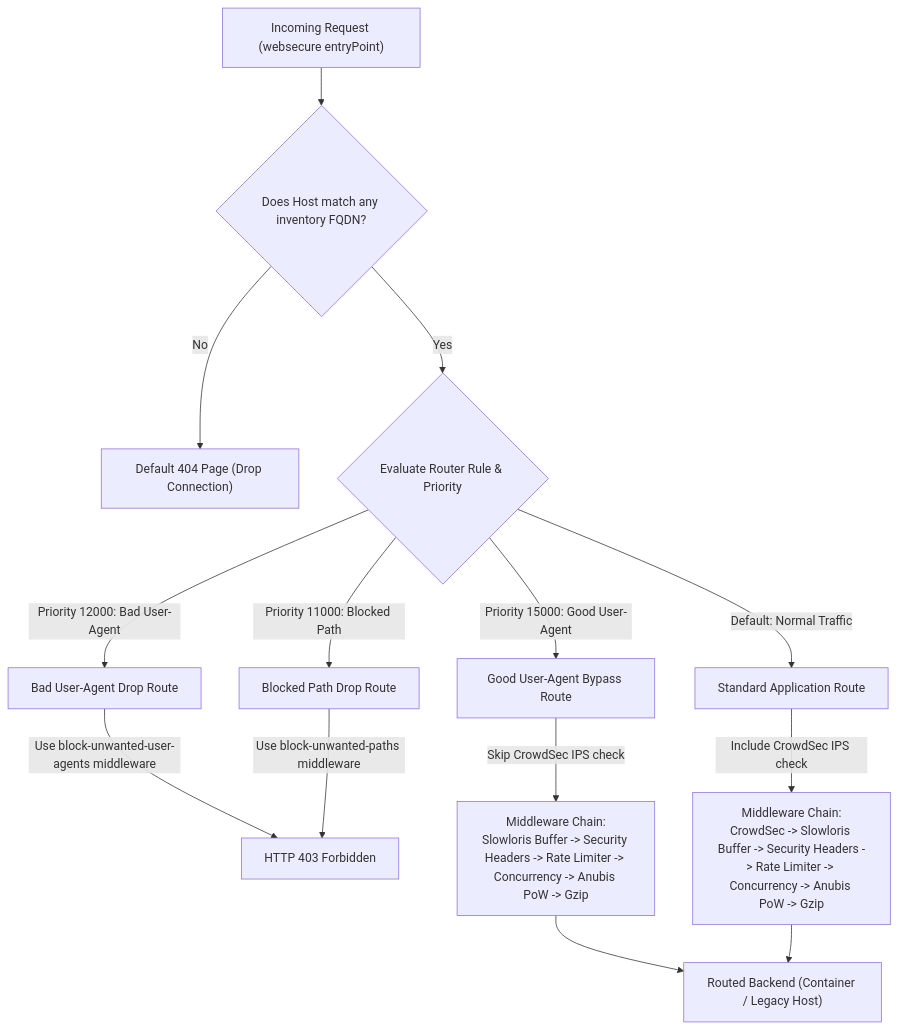
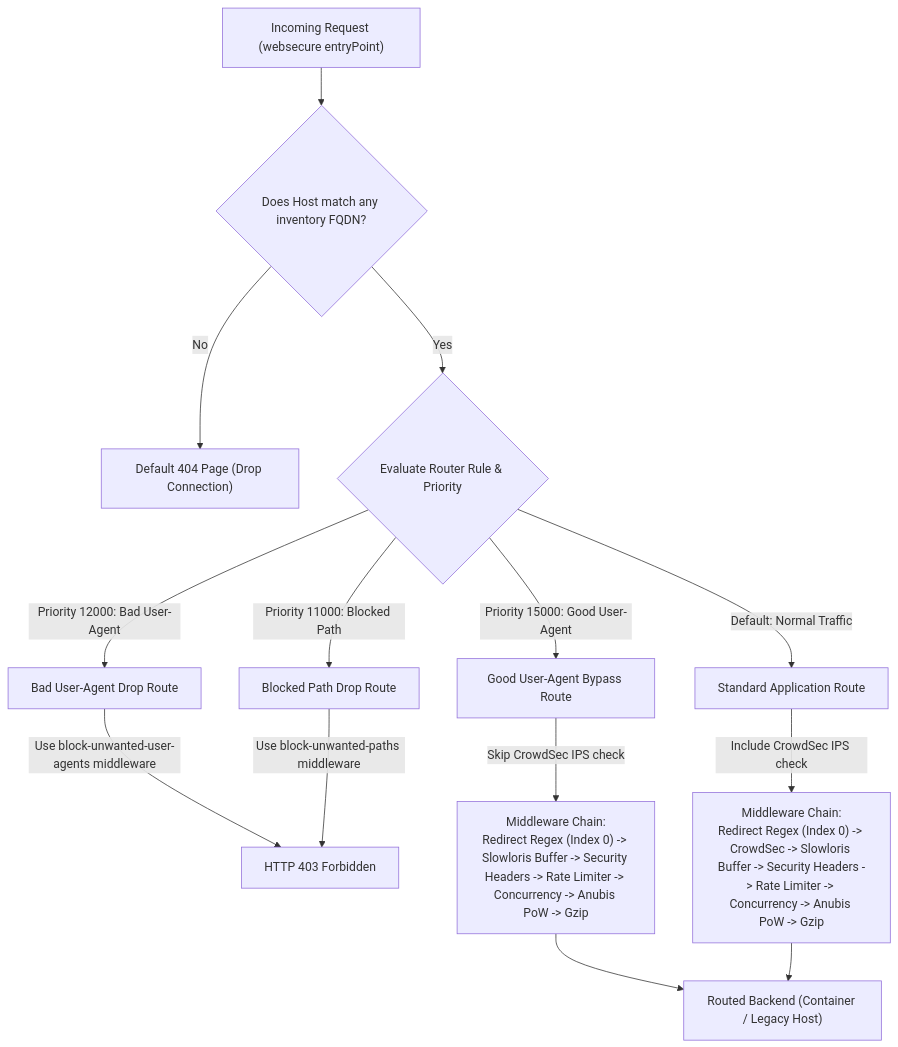
The third of 6 diagrams in README.md (pinano/traefik-crowdsec-anubis-grafana), drawn with Mermaid before and after one commit. The commit also changed other lines of this file and 1 other file, not shown here.

````diff
--- a/README.md
+++ b/README.md
@@ -385,24 +395,24 @@
 ```mermaid
 flowchart TD
     Request["Incoming Request (websecure entryPoint)"] --> RouteCheck{"Does Host match any inventory FQDN?"}
     RouteCheck -->|No| Drop["Default 404 Page (Drop Connection)"]
     
     RouteCheck -->|Yes| PriorityCheck{"Evaluate Router Rule & Priority"}
     
     PriorityCheck -->|Priority 15000: Good User-Agent| GoodUARoute["Good User-Agent Bypass Route"]
     PriorityCheck -->|Priority 12000: Bad User-Agent| BadUARoute["Bad User-Agent Drop Route"]
     PriorityCheck -->|Priority 11000: Blocked Path| PathRoute["Blocked Path Drop Route"]
     PriorityCheck -->|Default: Normal Traffic| MainRoute["Standard Application Route"]
     
     %% Block routes
     BadUARoute -->|Use block-unwanted-user-agents middleware| Drop403["HTTP 403 Forbidden"]
     PathRoute -->|Use block-unwanted-paths middleware| Drop403
     
     %% Bypass route execution
-    GoodUARoute -->|Skip CrowdSec IPS check| MW_Chain_Bypass["Middleware Chain:<br>Slowloris Buffer -> Security Headers -> Rate Limiter -> Concurrency -> Anubis PoW -> Gzip"]
+    GoodUARoute -->|Skip CrowdSec IPS check| MW_Chain_Bypass["Middleware Chain:<br>Redirect Regex (Index 0) -> Slowloris Buffer -> Security Headers -> Rate Limiter -> Concurrency -> Anubis PoW -> Gzip"]
     MW_Chain_Bypass --> TargetService["Routed Backend (Container / Legacy Host)"]
     
     %% Standard route execution
-    MainRoute -->|Include CrowdSec IPS check| MW_Chain_Full["Middleware Chain:<br>CrowdSec -> Slowloris Buffer -> Security Headers -> Rate Limiter -> Concurrency -> Anubis PoW -> Gzip"]
+    MainRoute -->|Include CrowdSec IPS check| MW_Chain_Full["Middleware Chain:<br>Redirect Regex (Index 0) -> CrowdSec -> Slowloris Buffer -> Security Headers -> Rate Limiter -> Concurrency -> Anubis PoW -> Gzip"]
     MW_Chain_Full --> TargetService
 ```
````
